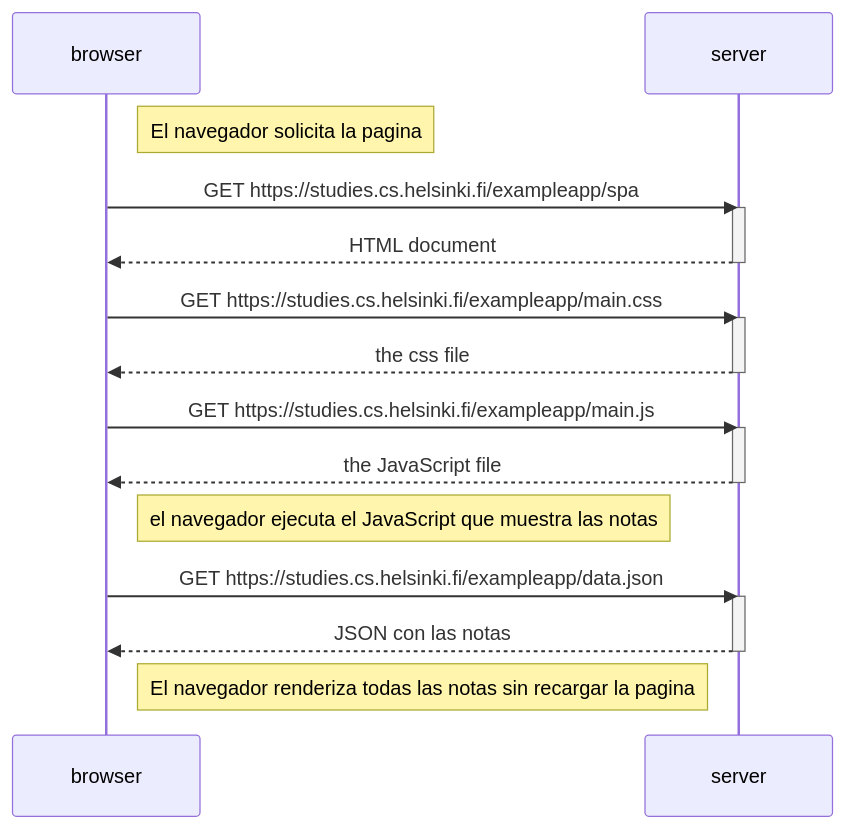
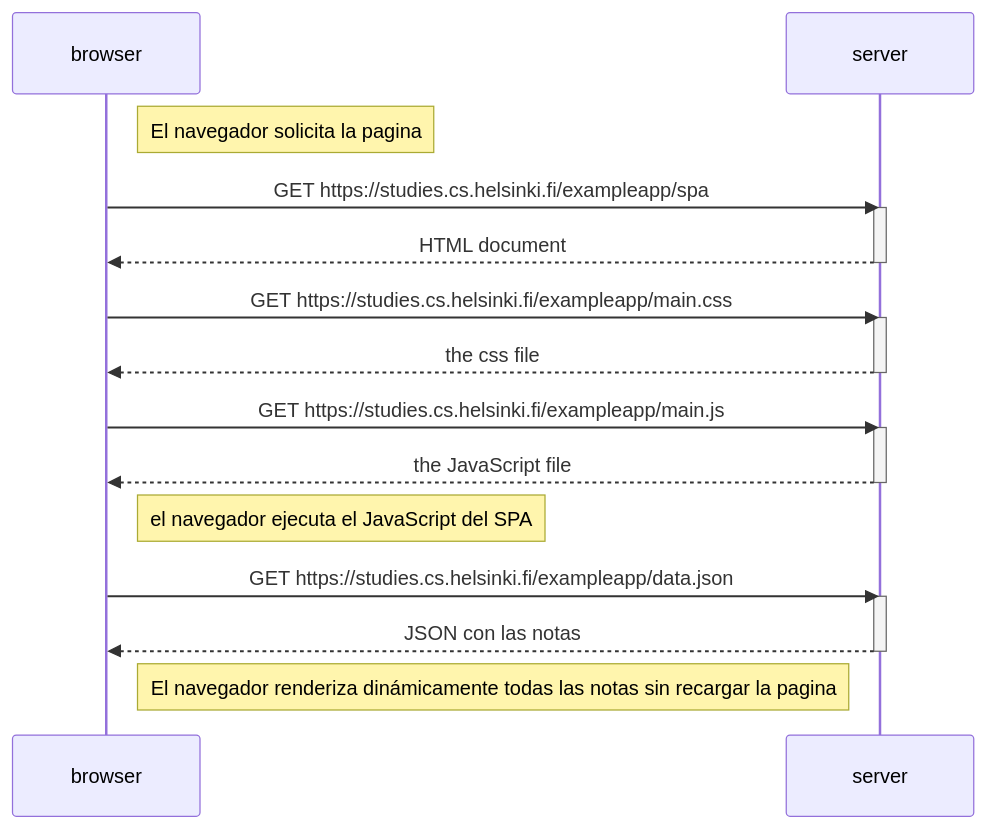
One commit to mauroperez055/fullstack-open-exercises changed the diagram in part0/0.5.md. Above: the diagram before and after it, drawn with Mermaid.

Commit message:
Actualizo contenido del ejercicio 0.5

````diff
--- a/part0/0.5.md
+++ b/part0/0.5.md
@@ -3,31 +3,31 @@
 ```mermaid
   sequenceDiagram
           participant browser
           participant server
 
     Note right of browser: El navegador solicita la pagina
 
     browser ->> server: GET https://studies.cs.helsinki.fi/exampleapp/spa
     activate server
     server -->> browser: HTML document
     deactivate server
 
     browser ->> server: GET https://studies.cs.helsinki.fi/exampleapp/main.css
     activate server
     server -->> browser: the css file
     deactivate server
 
     browser ->> server: GET https://studies.cs.helsinki.fi/exampleapp/main.js
     activate server
     server -->> browser: the JavaScript file
     deactivate server
 
-    Note right of browser: el navegador ejecuta el JavaScript que muestra las notas
+    Note right of browser: el navegador ejecuta el JavaScript del SPA
 
     browser ->> server: GET https://studies.cs.helsinki.fi/exampleapp/data.json
     activate server
     server -->> browser: JSON con las notas
     deactivate server
 
-    Note right of browser: El navegador renderiza todas las notas sin recargar la pagina
+    Note right of browser: El navegador renderiza dinámicamente todas las notas sin recargar la pagina
 ```
````
